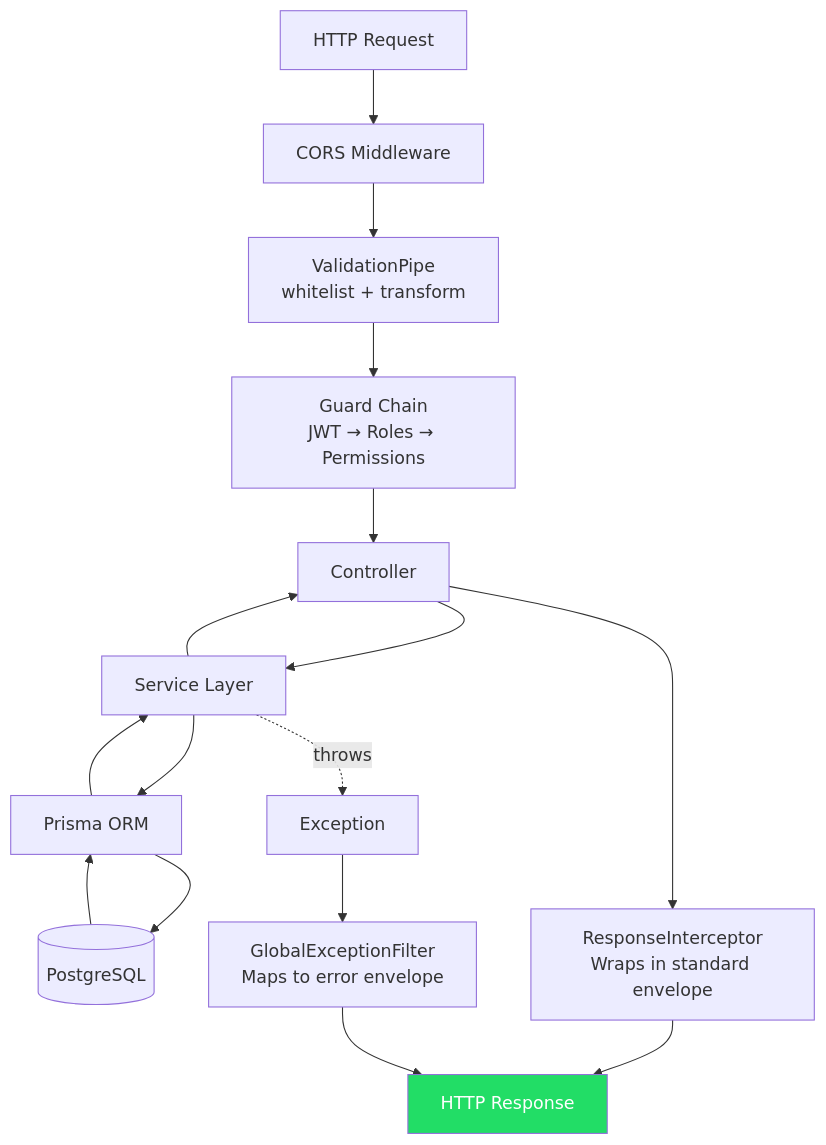
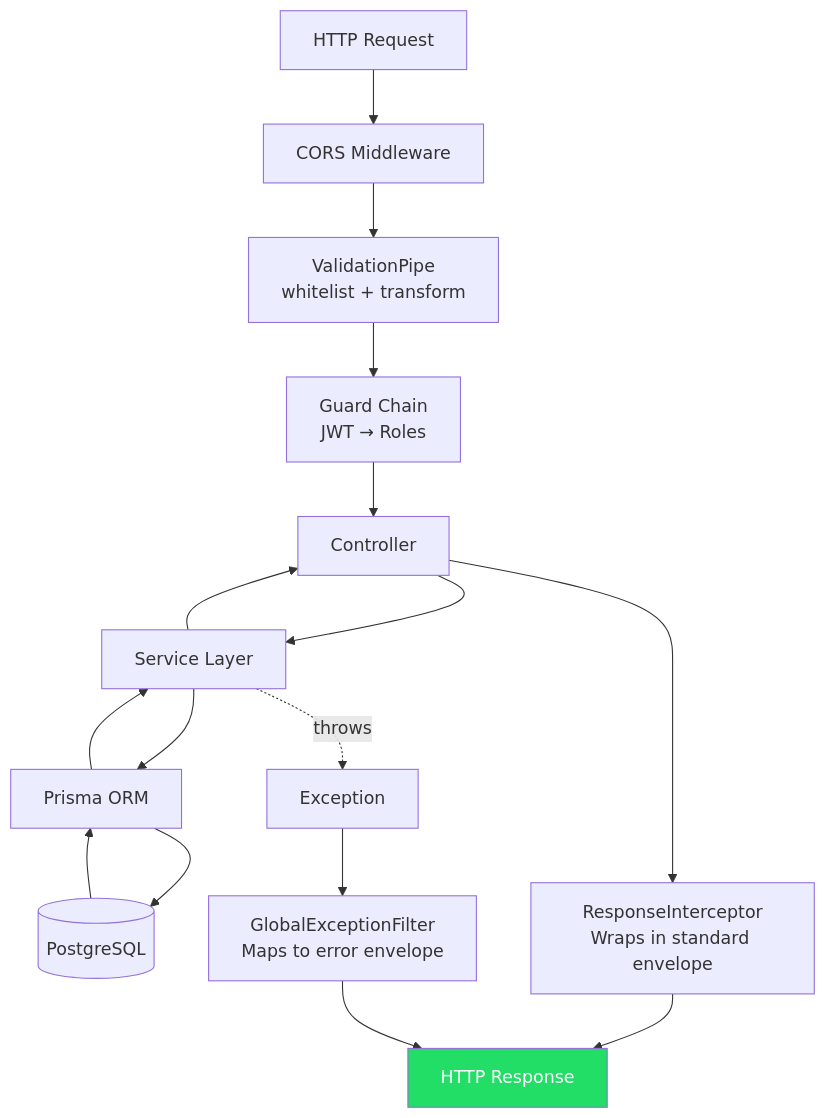
One commit to Shu03/my-school-BE changed the eighth of 16 diagrams in docs/ARCHITECTURE.md. Above: the diagram before and after it, drawn with Mermaid. The commit also changed other lines of this file and 95 other files, not shown here.

````diff
--- a/docs/ARCHITECTURE.md
+++ b/docs/ARCHITECTURE.md
@@ -322,21 +309,21 @@
 ```mermaid
 flowchart TD
     REQ[HTTP Request] --> CORS[CORS Middleware]
     CORS --> VP[ValidationPipe<br/>whitelist + transform]
-    VP --> GUARDS[Guard Chain<br/>JWT → Roles → Permissions]
+    VP --> GUARDS[Guard Chain<br/>JWT → Roles]
     GUARDS --> CTRL[Controller]
     CTRL --> SVC[Service Layer]
     SVC --> PRISMA[Prisma ORM]
     PRISMA --> DB[(PostgreSQL)]
     DB --> PRISMA
     PRISMA --> SVC
     SVC --> CTRL
     CTRL --> INTERCEPT[ResponseInterceptor<br/>Wraps in standard envelope]
     INTERCEPT --> RES[HTTP Response]
 
     SVC -.->|throws| EXC[Exception]
     EXC --> FILTER[GlobalExceptionFilter<br/>Maps to error envelope]
     FILTER --> RES
 
     style RES fill:#2d6,color:#fff
 ```
````
